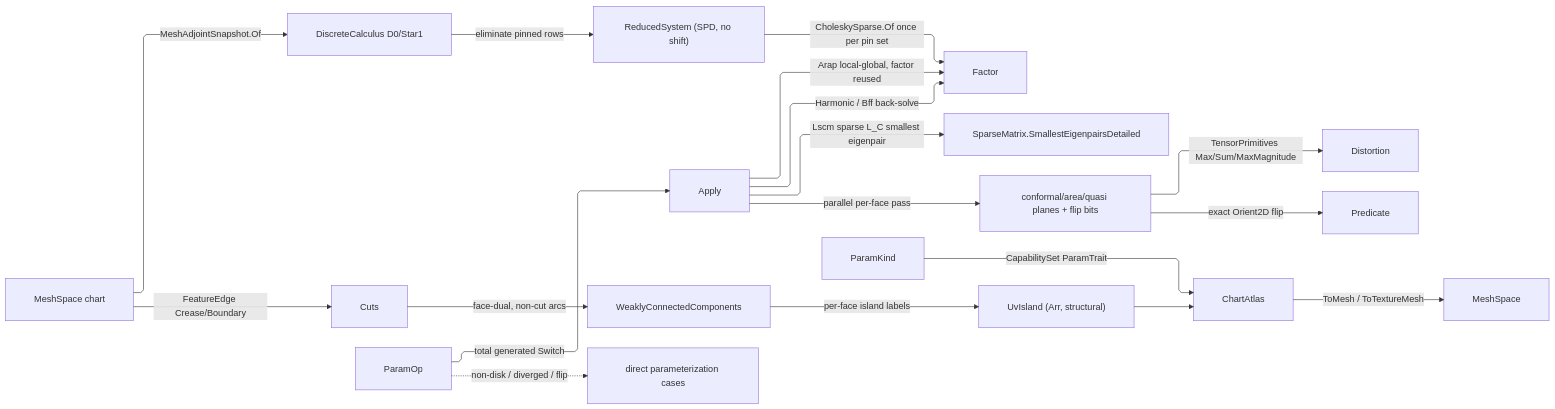
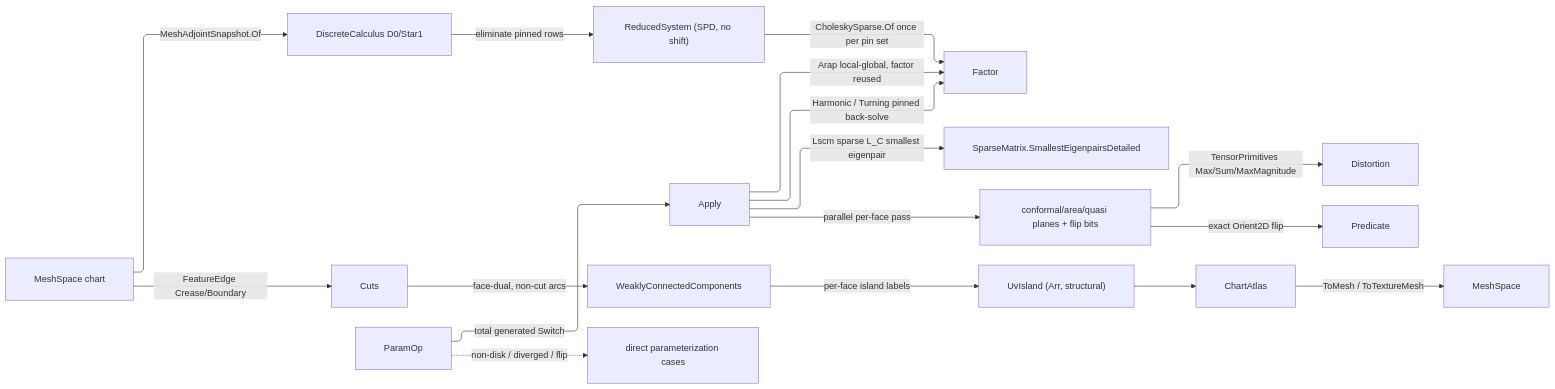
Before and after one commit to bsamiee/Rasm: the diagram in libs/dotnet/Rasm/.planning/Processing/flatten.md, drawn with Mermaid. The commit also changed other lines of this file and 68 other files, not shown here.

````diff
--- a/libs/dotnet/Rasm/.planning/Processing/flatten.md
+++ b/libs/dotnet/Rasm/.planning/Processing/flatten.md
@@ -779,29 +689,28 @@
 ```mermaid
 ---
 config:
   layout: elk
   flowchart:
     curve: linear
     padding: 25
 ---
 flowchart LR
     accTitle: Parameterization dispatch
     accDescr: ParamOp folds over the DEC substrate through the eliminated pinned solve into the content-keyed chart atlas.
     Chart["MeshSpace chart"] -->|MeshAdjointSnapshot.Of| DEC["DiscreteCalculus D0/Star1"]
     DEC -->|eliminate pinned rows| Reduced["ReducedSystem (SPD, no shift)"]
     Reduced -->|CholeskySparse.Of once per pin set| Factor
     Chart -->|FeatureEdge Crease/Boundary| Cuts
     ParamOp -->|total generated Switch| Apply
-    Apply -->|Harmonic / Bff back-solve| Factor
+    Apply -->|Harmonic / Turning pinned back-solve| Factor
     Apply -->|Lscm sparse L_C smallest eigenpair| Lobpcg["SparseMatrix.SmallestEigenpairsDetailed"]
     Apply -->|Arap local-global, factor reused| Factor
     Apply -->|parallel per-face pass| Distortion["conformal/area/quasi planes + flip bits"]
     Distortion -->|TensorPrimitives Max/Sum/MaxMagnitude| Measures["Distortion"]
     Distortion -->|exact Orient2D flip| Predicate
     Cuts -->|face-dual, non-cut arcs| QuikGraph["WeaklyConnectedComponents"]
     QuikGraph -->|per-face island labels| Islands["UvIsland (Arr, structural)"]
     Islands --> ChartAtlas
-    ParamKind -->|CapabilitySet ParamTrait| ChartAtlas
     ChartAtlas -->|ToMesh / ToTextureMesh| MeshSpaceOut["MeshSpace"]
     ParamOp -.->|non-disk / diverged / flip| GeometryFault["direct parameterization cases"]
 ```
````
